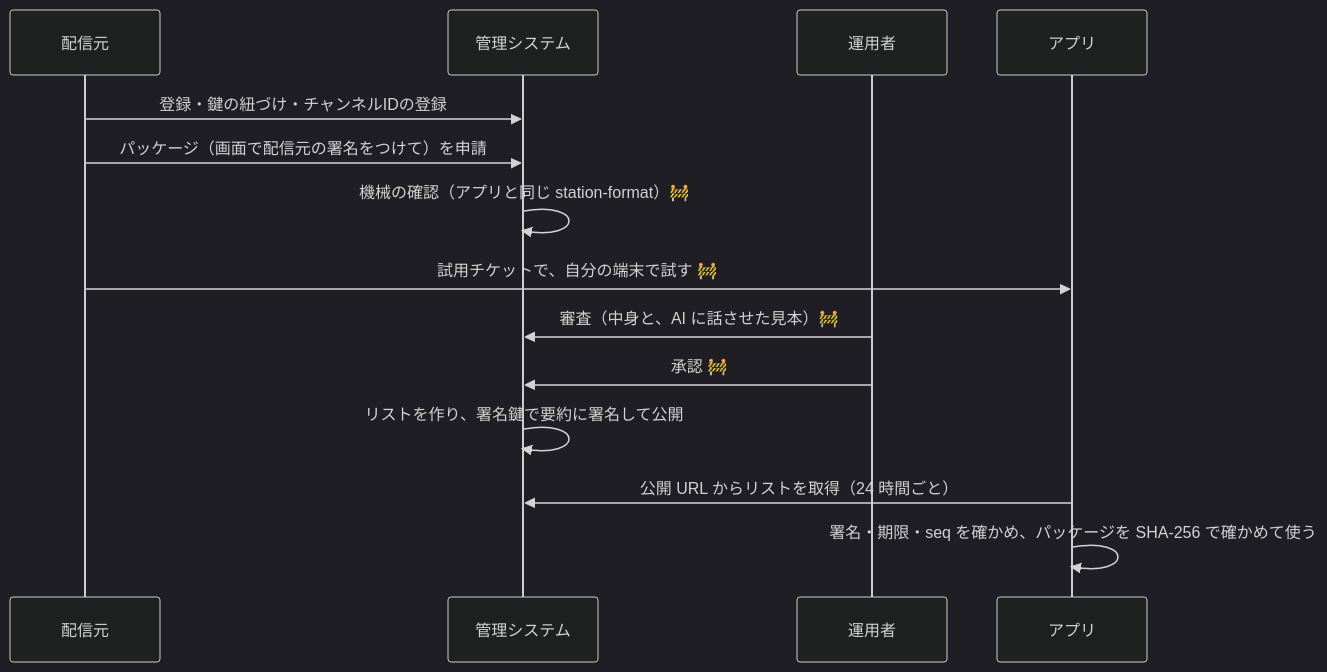
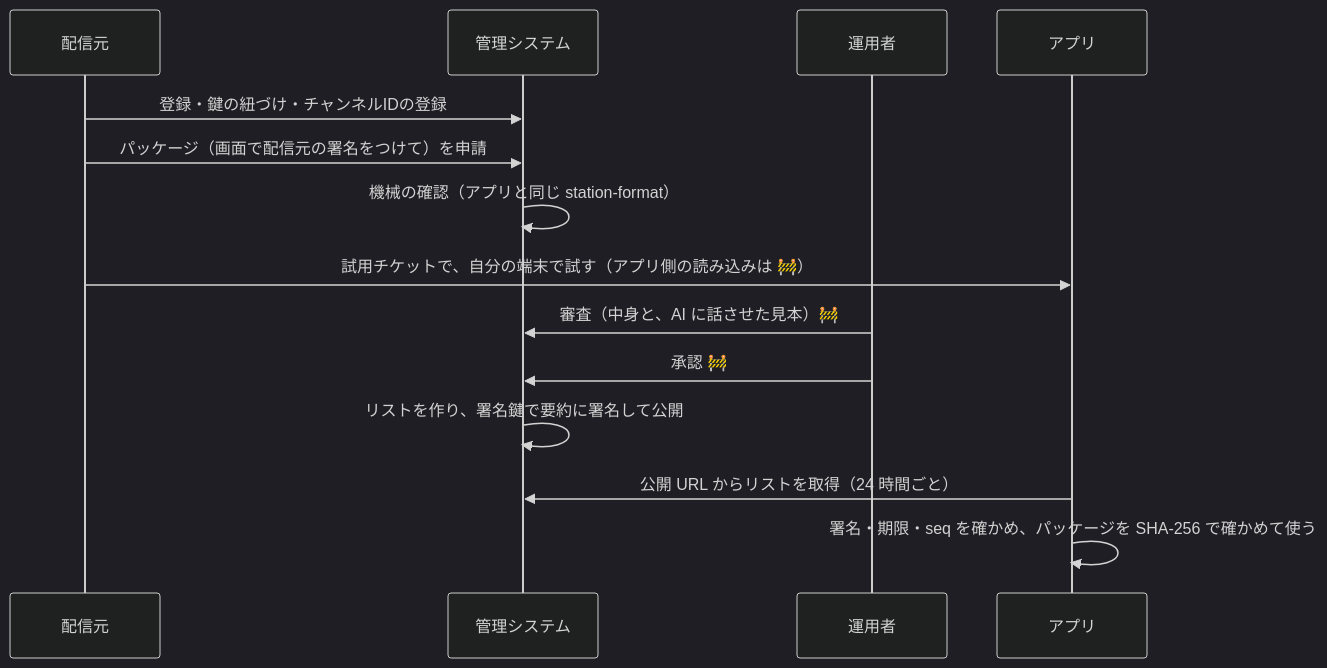
Before and after one commit to duwenji/sanpo-channel-console: the second of 3 diagrams in docs/guide/concepts.md, drawn with Mermaid (dark theme). The commit also changed other lines of this file and 34 other files, not shown here.

````diff
--- a/docs/guide/concepts.md
+++ b/docs/guide/concepts.md
@@ -36,16 +36,16 @@
 ```mermaid
 sequenceDiagram
     participant P as 配信元
     participant M as 管理システム
     participant O as 運用者
     participant A as アプリ
     P->>M: 登録・鍵の紐づけ・チャンネルIDの登録
     P->>M: パッケージ（画面で配信元の署名をつけて）を申請
-    M->>M: 機械の確認（アプリと同じ station-format）🚧
-    P->>A: 試用チケットで、自分の端末で試す 🚧
+    M->>M: 機械の確認（アプリと同じ station-format）
+    P->>A: 試用チケットで、自分の端末で試す（アプリ側の読み込みは 🚧）
     O->>M: 審査（中身と、AI に話させた見本）🚧
     O->>M: 承認 🚧
     M->>M: リストを作り、署名鍵で要約に署名して公開
     A->>M: 公開 URL からリストを取得（24 時間ごと）
     A->>A: 署名・期限・seq を確かめ、パッケージを SHA-256 で確かめて使う
 ```
````
